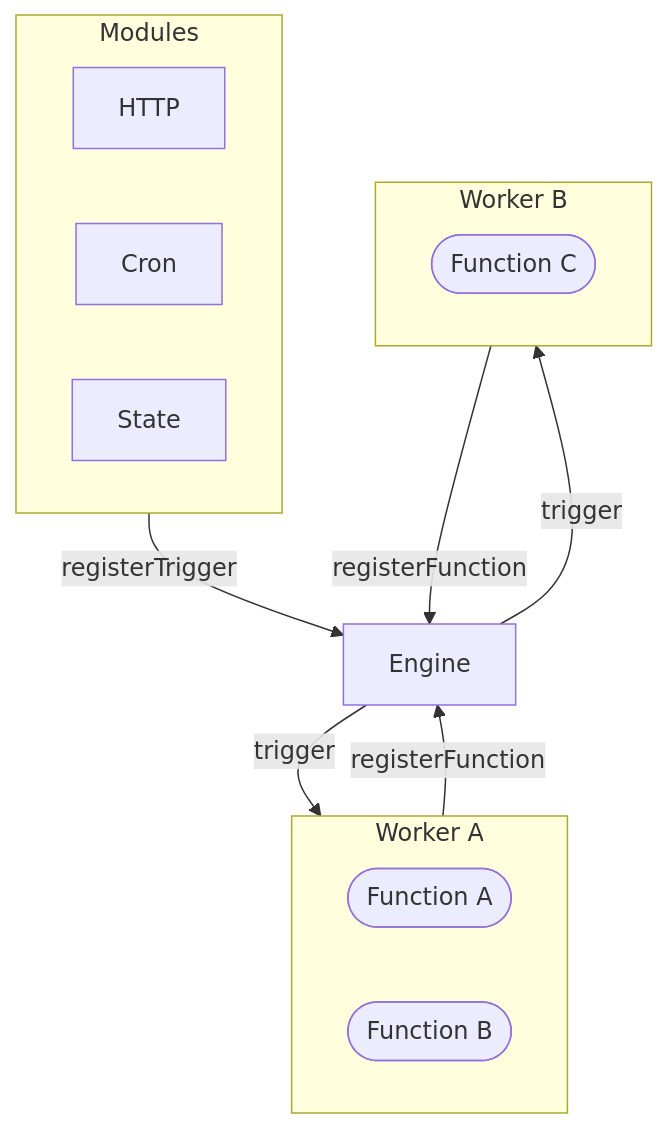
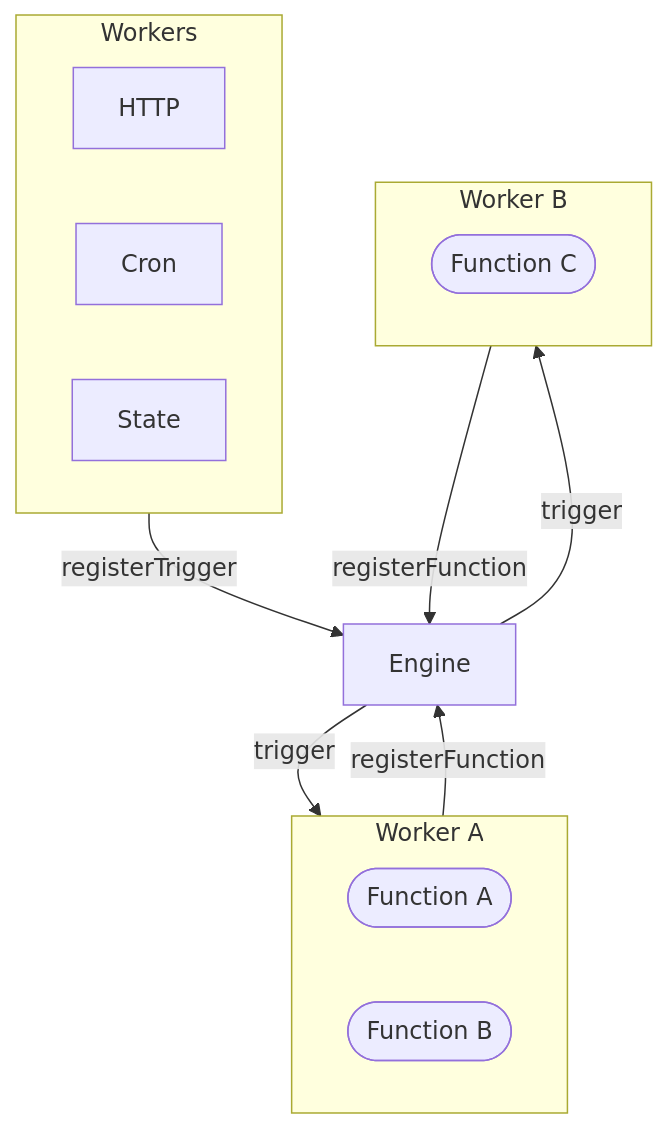
Before and after one commit to iii-hq/iii: the diagram in docs/architecture/engine.mdx, drawn with Mermaid. The commit also changed other lines of this file and 254 other files, not shown here.

Commit message:
refactor: rename modules to workers

````diff
--- a/docs/architecture/engine.mdx
+++ b/docs/architecture/engine.mdx
@@ -8,27 +8,27 @@
 ```mermaid
 graph TB
-    subgraph Modules
+    subgraph Workers
         HTTP[HTTP]
         Cron[Cron]
         State[State]
     end
 
-    Modules -- registerTrigger --> E[Engine]
+    Workers -- registerTrigger --> E[Engine]
 
     E -- trigger --> W1
     E -- trigger --> W2
 
     subgraph W1[Worker A]
         direction LR
         F1([Function A])
         F2([Function B])
     end
 
     subgraph W2[Worker B]
         direction LR
         F3([Function C])
     end
 
     W1 -- registerFunction --> E
     W2 -- registerFunction --> E
 ```
````
